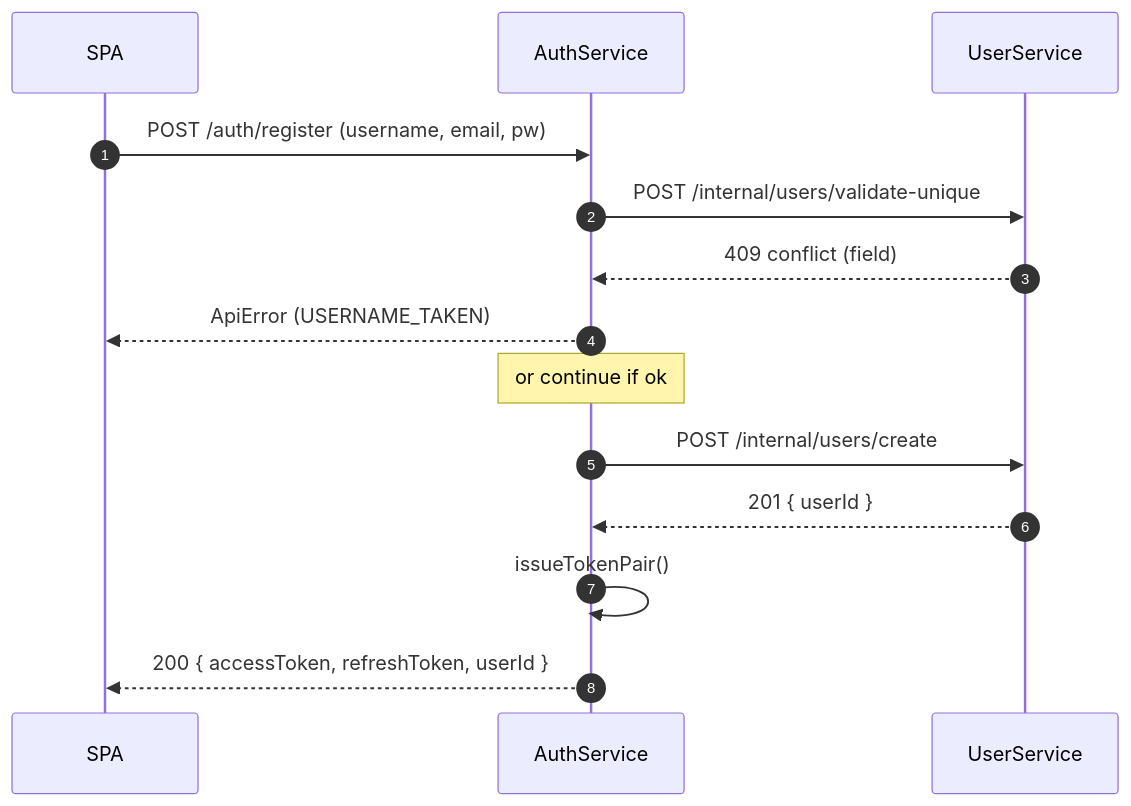
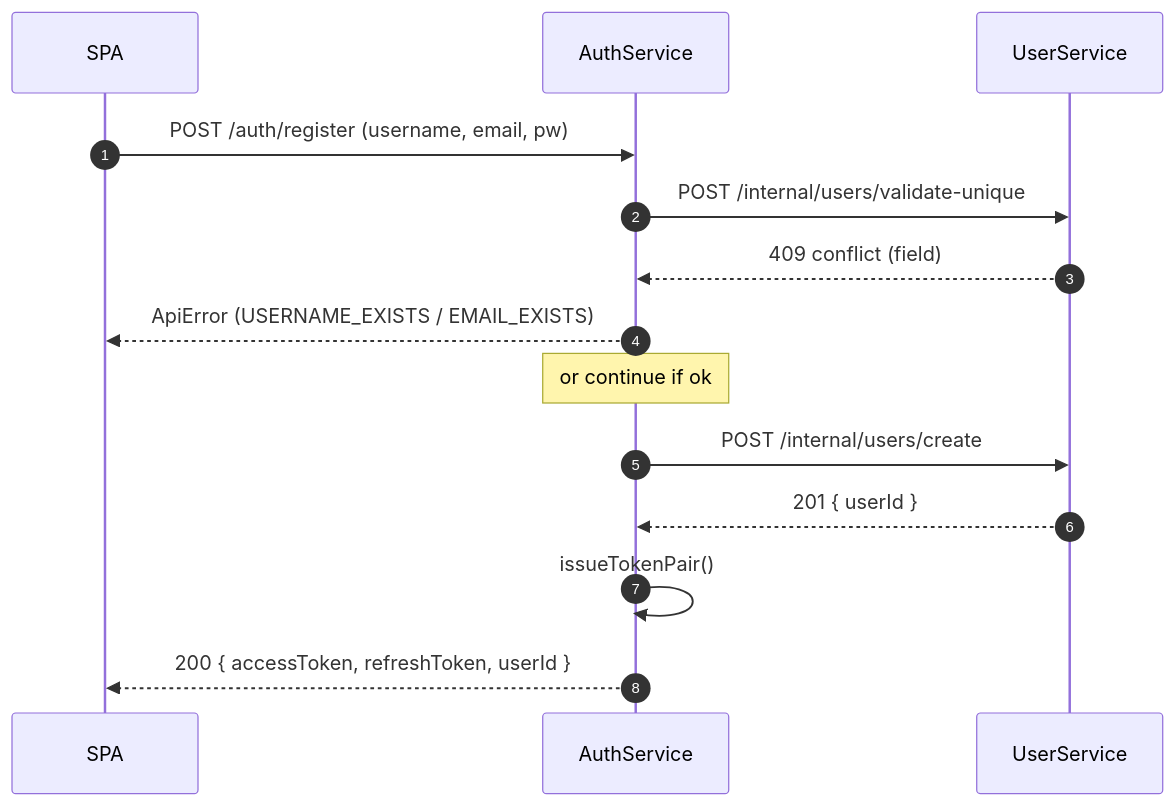
One commit to jesuismarie/ft_transcendence changed the first of 5 diagrams in backend/authservice/README.md. Above: the diagram before and after it, drawn with Mermaid. The commit also changed other lines of this file, not shown here.

Commit message:
UPDATE: README + route mermaid flows

````diff
--- a/backend/authservice/README.md
+++ b/backend/authservice/README.md
@@ -153,17 +155,17 @@
 ```mermaid
 sequenceDiagram
   autonumber
   participant SPA
   participant AS  as AuthService
   participant US  as UserService
 
   SPA->>AS: POST /auth/register (username, email, pw)
   AS->>US:  POST /internal/users/validate-unique
   US-->>AS: 409 conflict (field)
-  AS-->>SPA: ApiError (USERNAME_TAKEN)
+  AS-->>SPA: ApiError (USERNAME_EXISTS / EMAIL_EXISTS)
   Note over AS: or continue if ok
   AS->>US: POST /internal/users/create
   US-->>AS: 201 { userId }
   AS->>AS: issueTokenPair()
   AS-->>SPA: 200 { accessToken, refreshToken, userId }
 ```
````
